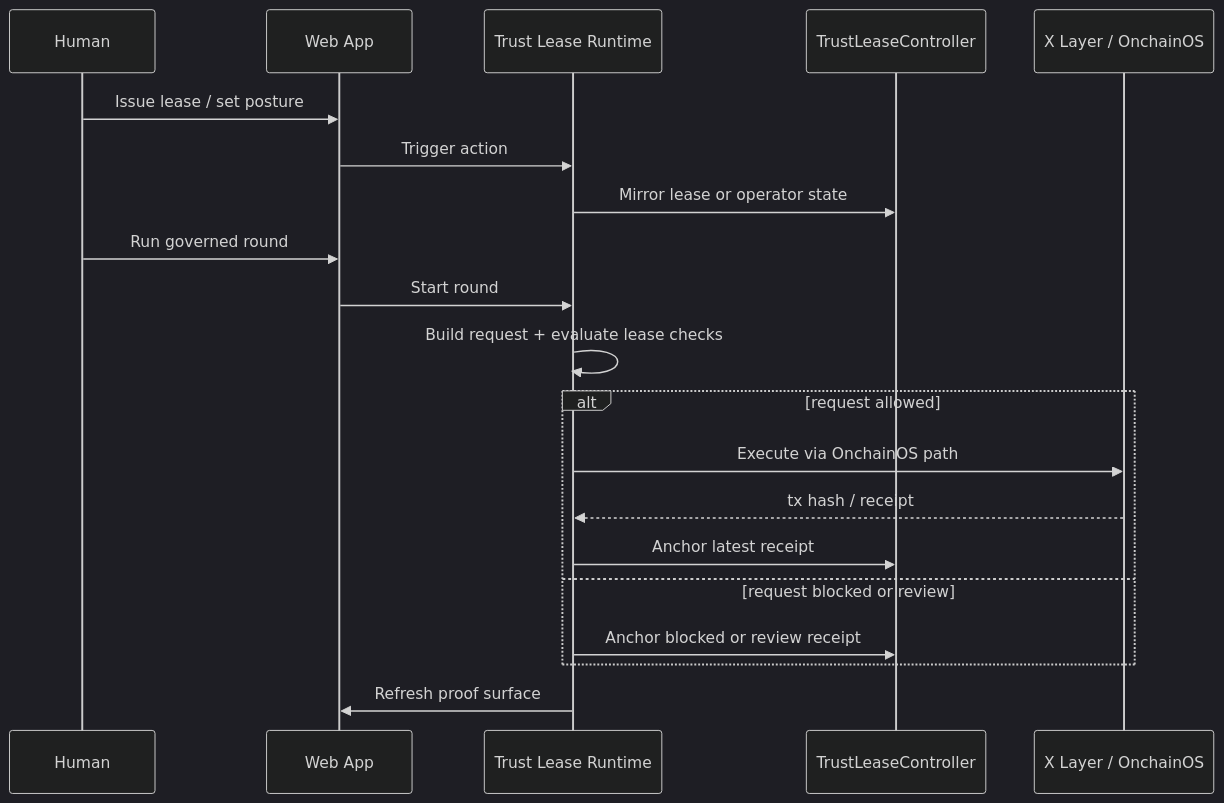
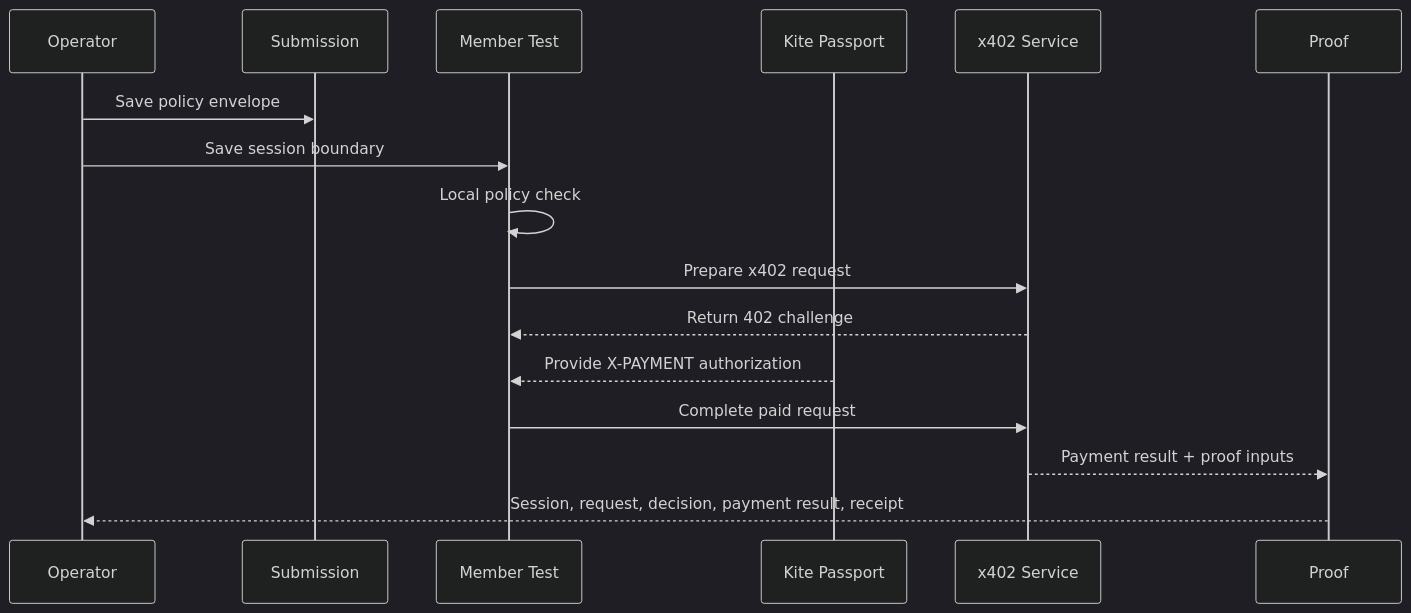
Before and after one commit to boundlessait/boundlessai: the second of 2 diagrams in README.md, drawn with Mermaid (dark theme). The commit also changed other lines of this file and 73 other files, not shown here.

Commit message:
Refresh Boundless Kite submission repo

````diff
--- a/README.md
+++ b/README.md
@@ -255,23 +121,19 @@
 ```mermaid
 sequenceDiagram
-    participant H as Human
-    participant W as Web App
-    participant R as Trust Lease Runtime
-    participant C as TrustLeaseController
-    participant X as X Layer / OnchainOS
+    participant O as Operator
+    participant S as Submission
+    participant M as Member Test
+    participant P as Kite Passport
+    participant X as x402 Service
+    participant R as Proof
 
-    H->>W: Issue lease / set posture
-    W->>R: Trigger action
-    R->>C: Mirror lease or operator state
-    H->>W: Run governed round
-    W->>R: Start round
-    R->>R: Build request + evaluate lease checks
-    alt request allowed
-        R->>X: Execute via OnchainOS path
-        X-->>R: tx hash / receipt
-        R->>C: Anchor latest receipt
-    else request blocked or review
-        R->>C: Anchor blocked or review receipt
-    end
-    R->>W: Refresh proof surface
+    O->>S: Save policy envelope
+    O->>M: Save session boundary
+    M->>M: Local policy check
+    M->>X: Prepare x402 request
+    X-->>M: Return 402 challenge
+    P-->>M: Provide X-PAYMENT authorization
+    M->>X: Complete paid request
+    X-->>R: Payment result + proof inputs
+    R-->>O: Session, request, decision, payment result, receipt
 ```
````
